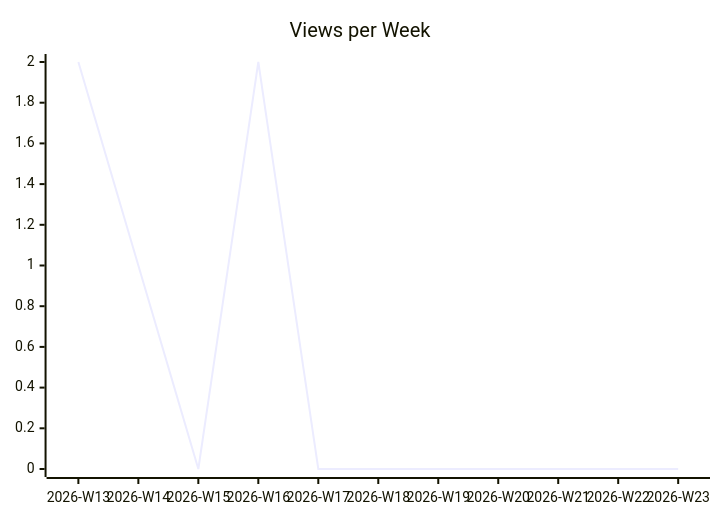
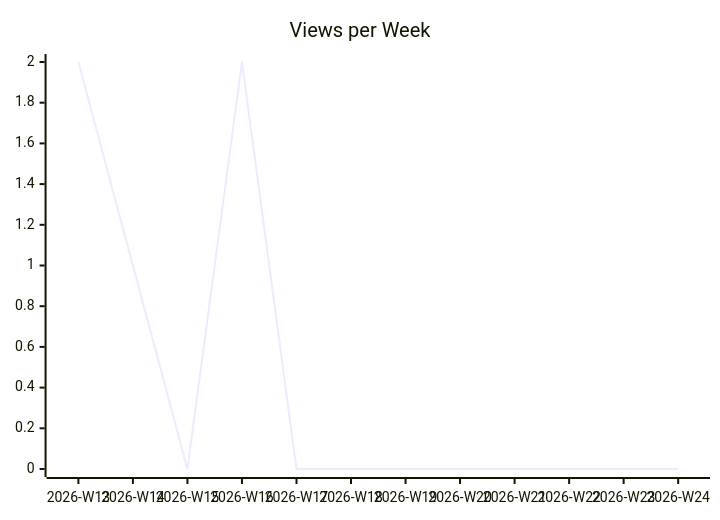
Before and after one commit to justdavis-family/github-analytics-data: the second of 3 diagrams in karlmdavis/ansible-role-bind-dns/README.md, drawn with Mermaid. The commit also changed other lines of this file and 189 other files, not shown here.

````diff
--- a/karlmdavis/ansible-role-bind-dns/README.md
+++ b/karlmdavis/ansible-role-bind-dns/README.md
@@ -12,6 +12,6 @@
 ```mermaid
 xychart-beta
   title "Views per Week"
-  x-axis ["2026-W13", "2026-W14", "2026-W15", "2026-W16", "2026-W17", "2026-W18", "2026-W19", "2026-W20", "2026-W21", "2026-W22", "2026-W23"]
-  line [2, 1, 0, 2, 0, 0, 0, 0, 0, 0, 0]
+  x-axis ["2026-W13", "2026-W14", "2026-W15", "2026-W16", "2026-W17", "2026-W18", "2026-W19", "2026-W20", "2026-W21", "2026-W22", "2026-W23", "2026-W24"]
+  line [2, 1, 0, 2, 0, 0, 0, 0, 0, 0, 0, 0]
 ```
````
